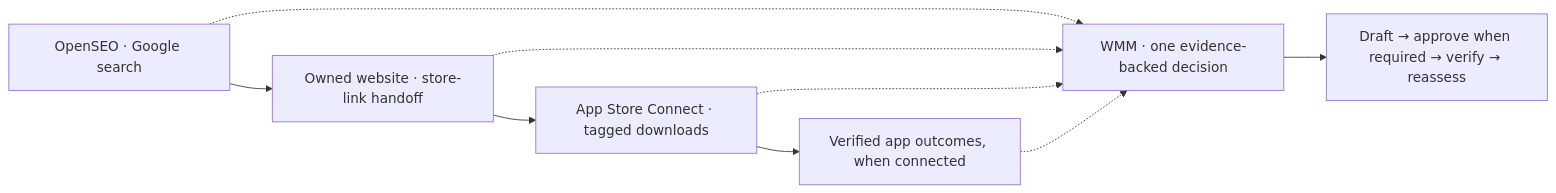
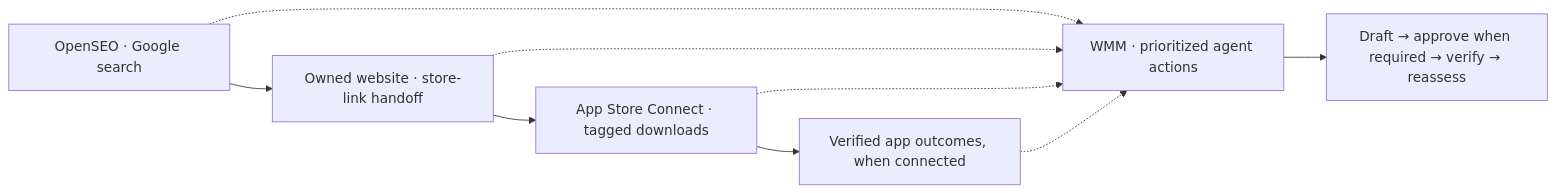
Before and after one commit to zrk222/WMM: the diagram in specs/search-to-app-store-review.md, drawn with Mermaid. The commit also changed other lines of this file and 9 other files, not shown here.

````diff
--- a/specs/search-to-app-store-review.md
+++ b/specs/search-to-app-store-review.md
@@ -21,11 +21,11 @@
 ```mermaid
 flowchart LR
     A["OpenSEO · Google search"] --> B["Owned website · store-link handoff"]
     B --> C["App Store Connect · tagged downloads"]
     C --> D["Verified app outcomes, when connected"]
-    A -.-> E["WMM · one evidence-backed decision"]
+    A -.-> E["WMM · prioritized agent actions"]
     B -.-> E
     C -.-> E
     D -.-> E
     E --> F["Draft → approve when required → verify → reassess"]
 ```
````
